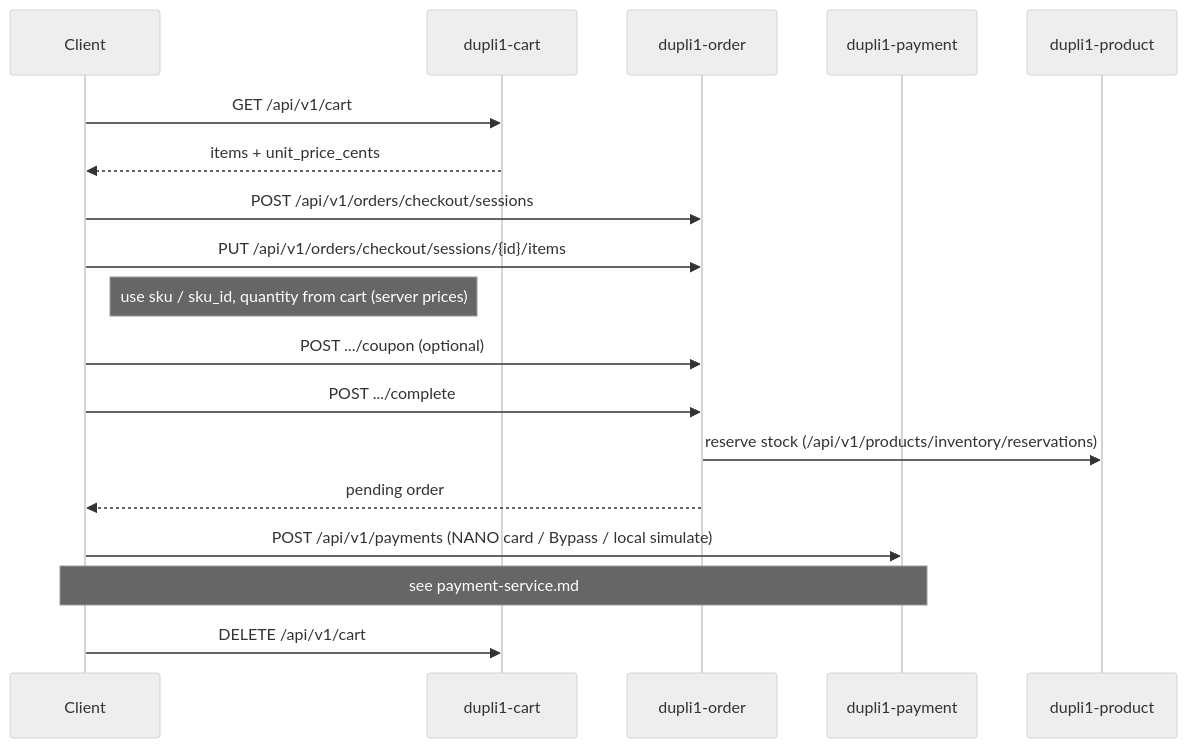
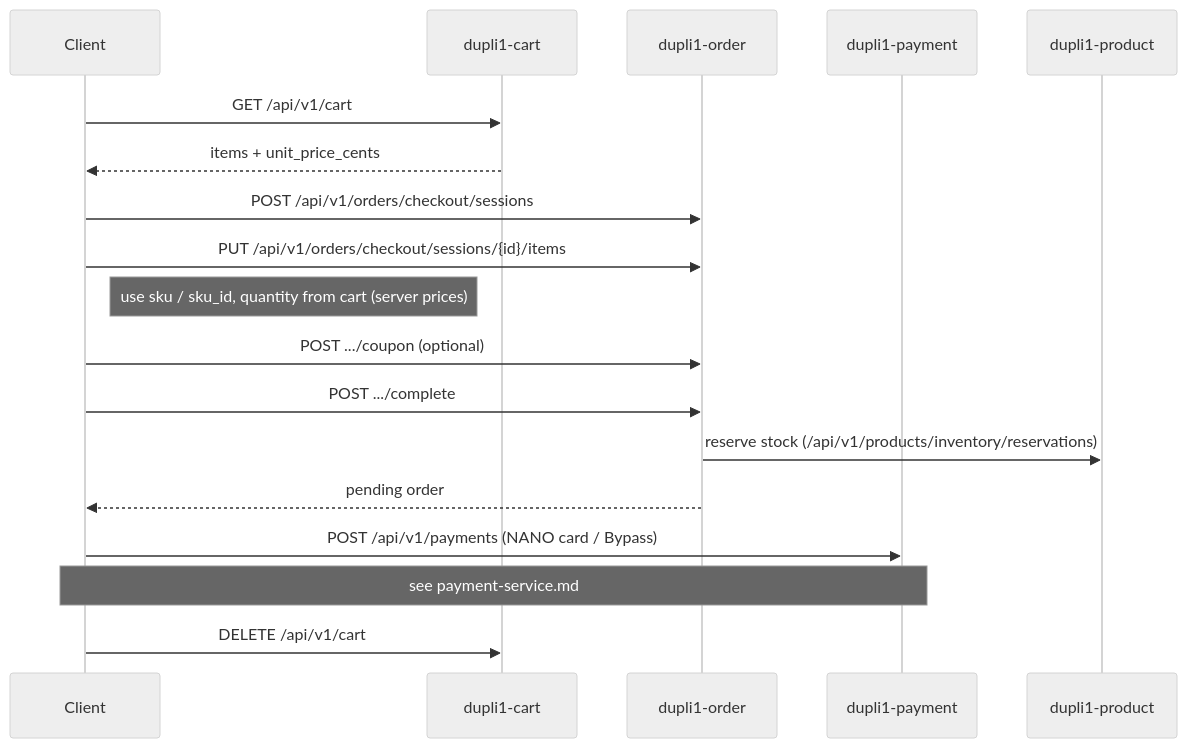
One commit to elug3/dupli1 changed the second of 2 diagrams in docs/cart-service.md. Above: the diagram before and after it, drawn with Mermaid (neutral theme). The commit also changed 37 other files, not shown here.

````diff
--- a/docs/cart-service.md
+++ b/docs/cart-service.md
@@ -268,25 +268,25 @@
 ```mermaid
 sequenceDiagram
     participant Client
     participant Cart as dupli1-cart
     participant Order as dupli1-order
     participant Pay as dupli1-payment
     participant Product as dupli1-product
 
     Client->>Cart: GET /api/v1/cart
     Cart-->>Client: items + unit_price_cents
 
     Client->>Order: POST /api/v1/orders/checkout/sessions
     Client->>Order: PUT /api/v1/orders/checkout/sessions/{id}/items
     Note right of Client: use sku / sku_id, quantity from cart (server prices)
 
     Client->>Order: POST .../coupon (optional)
     Client->>Order: POST .../complete
     Order->>Product: reserve stock (/api/v1/products/inventory/reservations)
     Order-->>Client: pending order
 
-    Client->>Pay: POST /api/v1/payments (NANO card / Bypass / local simulate)
+    Client->>Pay: POST /api/v1/payments (NANO card / Bypass)
     Note over Client,Pay: see payment-service.md
 
     Client->>Cart: DELETE /api/v1/cart
 ```
````
